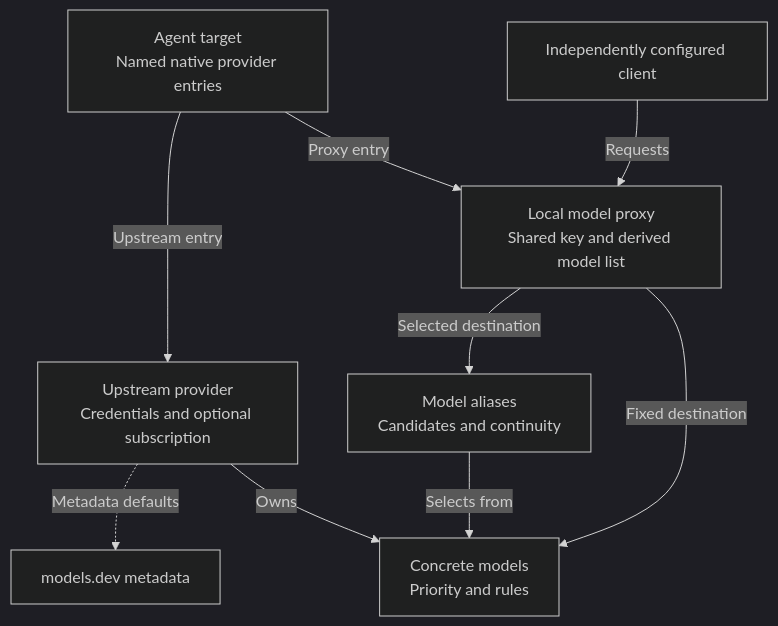
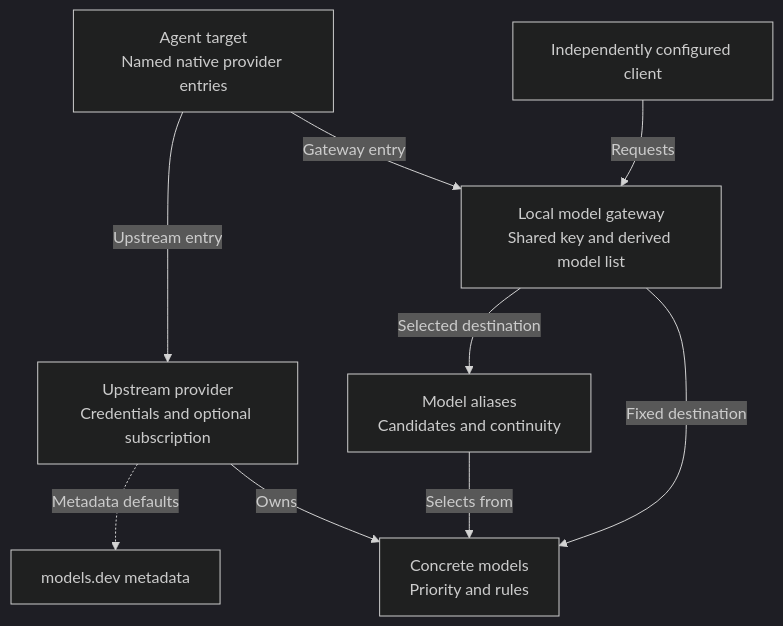
The diagram in specs/product/design.md (suraciii/tmax), drawn with Mermaid (dark theme) before and after one commit. The commit also changed other lines of this file and 7 other files, not shown here.

Commit message:
refactor(product): name the local model service Gateway

````diff
--- a/specs/product/design.md
+++ b/specs/product/design.md
@@ -74,18 +74,18 @@
 ```mermaid
 flowchart TB
     Catalog["models.dev metadata"]
     Provider["Upstream provider<br/>Credentials and optional subscription"]
     Model["Concrete models<br/>Priority and rules"]
     Alias["Model aliases<br/>Candidates and continuity"]
     Agent["Agent target<br/>Named native provider entries"]
-    Proxy["Local model proxy<br/>Shared key and derived model list"]
+    Gateway["Local model gateway<br/>Shared key and derived model list"]
     Client["Independently configured client"]
     Provider -.->|Metadata defaults| Catalog
     Provider -->|Owns| Model
     Alias -->|Selects from| Model
     Agent -->|Upstream entry| Provider
-    Agent -->|Proxy entry| Proxy
-    Client -->|Requests| Proxy
-    Proxy -->|Fixed destination| Model
-    Proxy -->|Selected destination| Alias
+    Agent -->|Gateway entry| Gateway
+    Client -->|Requests| Gateway
+    Gateway -->|Fixed destination| Model
+    Gateway -->|Selected destination| Alias
 ```
````
